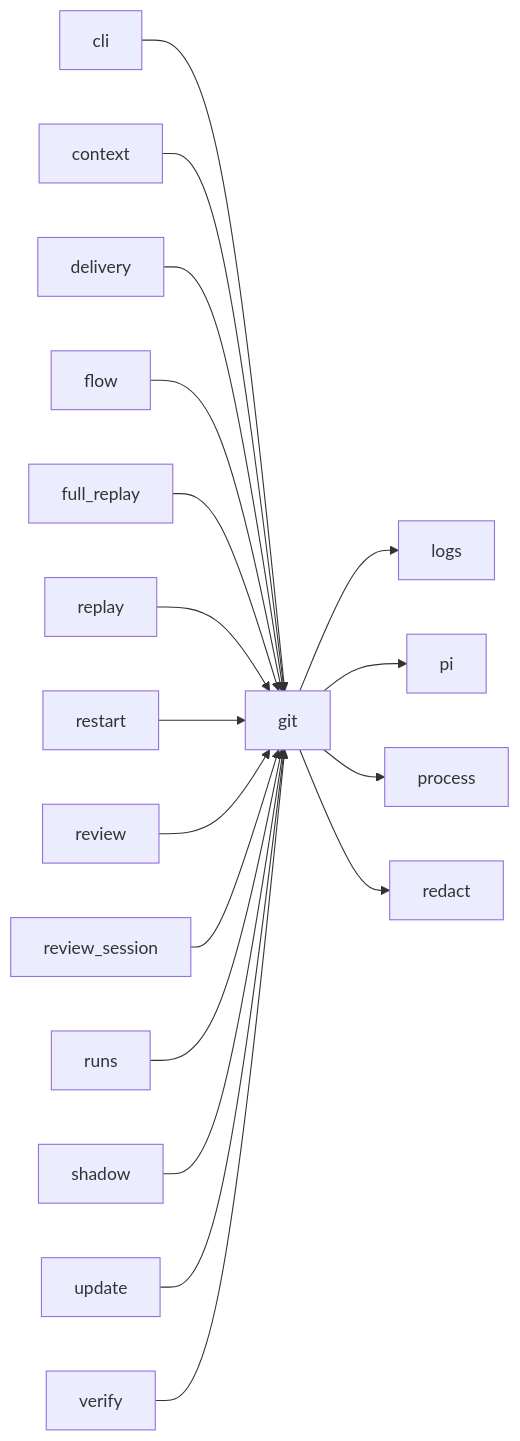
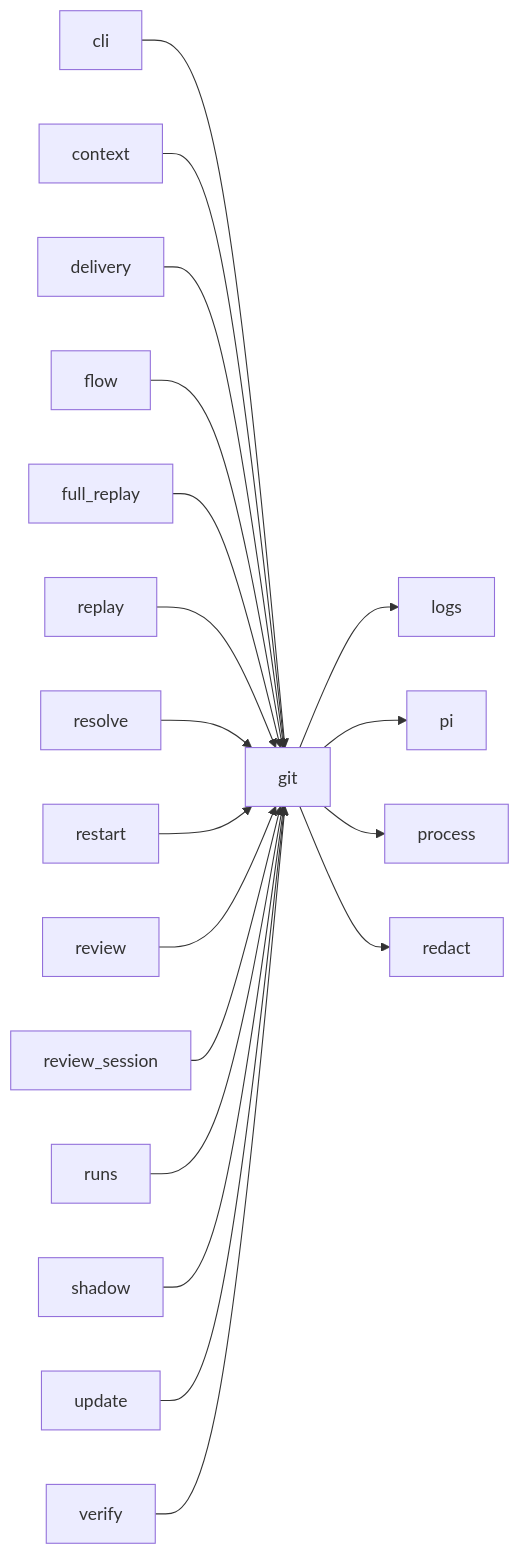
The third of 3 diagrams in docs/architecture/modules/git.md (plaplanche/ariane), drawn with Mermaid before and after one commit. The commit also changed 22 other files, not shown here.

````diff
--- a/docs/architecture/modules/git.md
+++ b/docs/architecture/modules/git.md
@@ -164,20 +164,21 @@
 ```mermaid
 flowchart LR
   cli --> git
   context --> git
   delivery --> git
   flow --> git
   full_replay --> git
   git --> logs
   git --> pi
   git --> process
   git --> redact
   replay --> git
+  resolve --> git
   restart --> git
   review --> git
   review_session --> git
   runs --> git
   shadow --> git
   update --> git
   verify --> git
 ```
````
